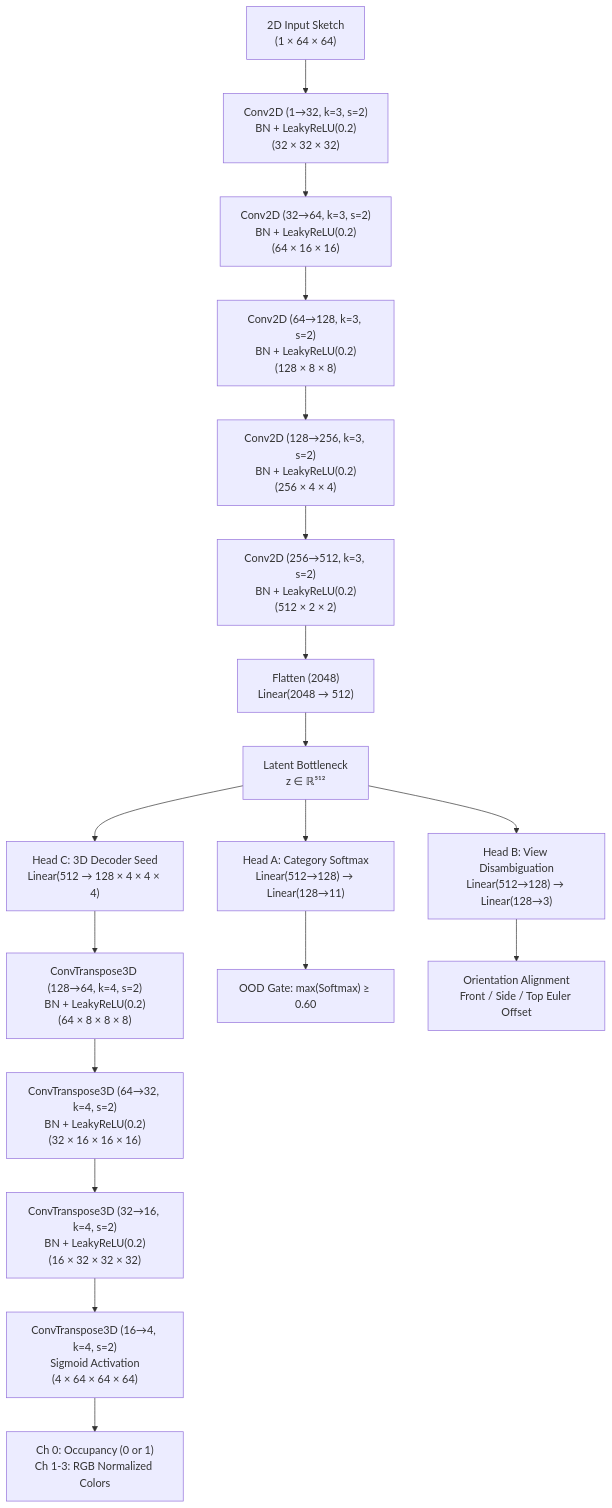
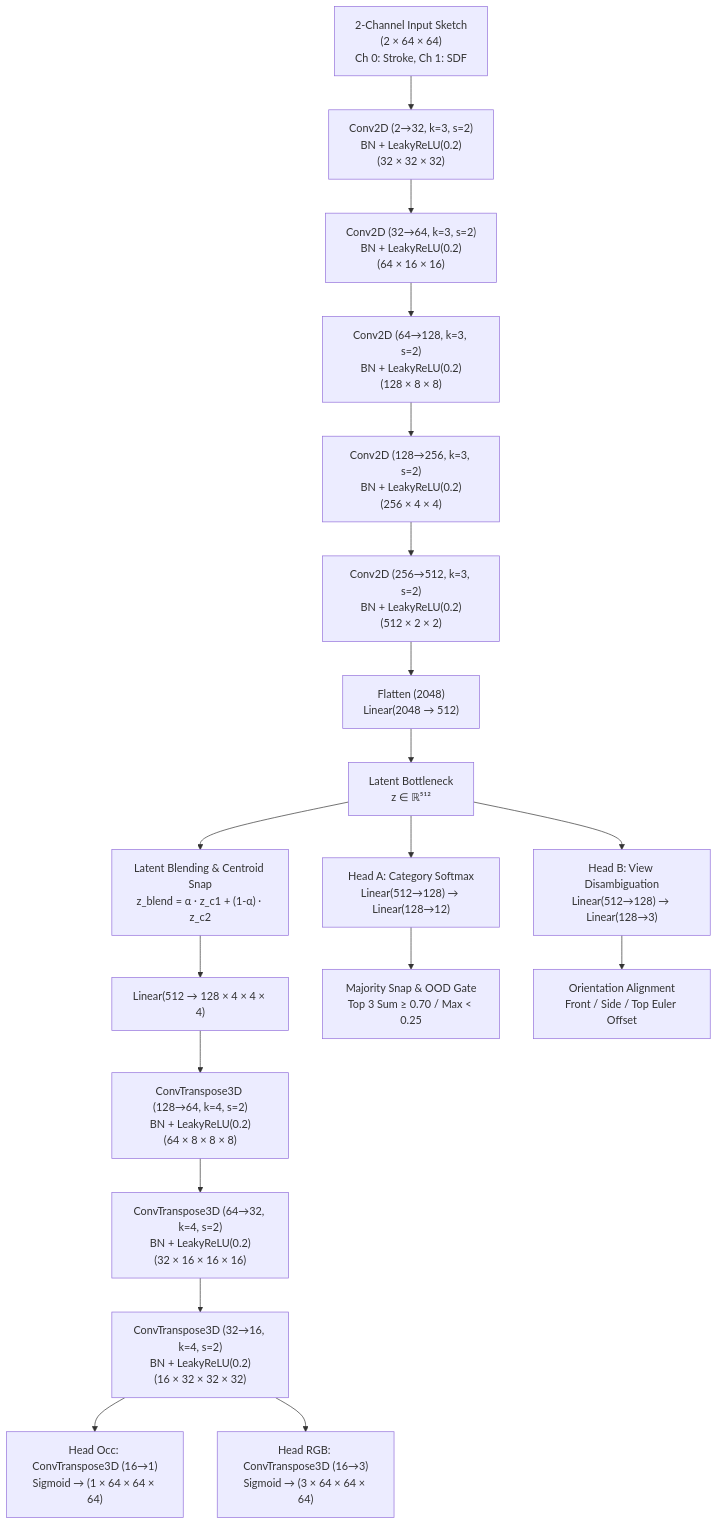
Before and after one commit to TheDhiruBhai/2-3DVX: the diagram in README.md, drawn with Mermaid. The commit also changed other lines of this file and 5 other files, not shown here.

Commit message:
feat(inference): implement majority canonical labeling, hybrid latent blending, and standalone 3D decoder

````diff
--- a/README.md
+++ b/README.md
@@ -60,23 +72,25 @@
 ```mermaid
 flowchart TD
-    In["2D Input Sketch<br/>(1 × 64 × 64)"] --> E1["Conv2D (1→32, k=3, s=2)<br/>BN + LeakyReLU(0.2)<br/>(32 × 32 × 32)"]
+    In["2-Channel Input Sketch<br/>(2 × 64 × 64)<br/>Ch 0: Stroke, Ch 1: SDF"] --> E1["Conv2D (2→32, k=3, s=2)<br/>BN + LeakyReLU(0.2)<br/>(32 × 32 × 32)"]
     E1 --> E2["Conv2D (32→64, k=3, s=2)<br/>BN + LeakyReLU(0.2)<br/>(64 × 16 × 16)"]
     E2 --> E3["Conv2D (64→128, k=3, s=2)<br/>BN + LeakyReLU(0.2)<br/>(128 × 8 × 8)"]
     E3 --> E4["Conv2D (128→256, k=3, s=2)<br/>BN + LeakyReLU(0.2)<br/>(256 × 4 × 4)"]
     E4 --> E5["Conv2D (256→512, k=3, s=2)<br/>BN + LeakyReLU(0.2)<br/>(512 × 2 × 2)"]
     E5 --> Flat["Flatten (2048)<br/>Linear(2048 → 512)"]
     Flat --> Z["Latent Bottleneck<br/>z ∈ ℝ⁵¹²"]
 
-    Z --> HeadA["Head A: Category Softmax<br/>Linear(512→128) → Linear(128→11)"]
+    Z --> HeadA["Head A: Category Softmax<br/>Linear(512→128) → Linear(128→12)"]
     Z --> HeadB["Head B: View Disambiguation<br/>Linear(512→128) → Linear(128→3)"]
-    Z --> HeadC["Head C: 3D Decoder Seed<br/>Linear(512 → 128 × 4 × 4 × 4)"]
+    Z --> Blend["Latent Blending & Centroid Snap<br/>z_blend = α · z_c1 + (1-α) · z_c2"]
 
-    HeadC --> D1["ConvTranspose3D (128→64, k=4, s=2)<br/>BN + LeakyReLU(0.2)<br/>(64 × 8 × 8 × 8)"]
+    Blend --> DecSeed["Linear(512 → 128 × 4 × 4 × 4)"]
+    DecSeed --> D1["ConvTranspose3D (128→64, k=4, s=2)<br/>BN + LeakyReLU(0.2)<br/>(64 × 8 × 8 × 8)"]
     D1 --> D2["ConvTranspose3D (64→32, k=4, s=2)<br/>BN + LeakyReLU(0.2)<br/>(32 × 16 × 16 × 16)"]
     D2 --> D3["ConvTranspose3D (32→16, k=4, s=2)<br/>BN + LeakyReLU(0.2)<br/>(16 × 32 × 32 × 32)"]
-    D3 --> D4["ConvTranspose3D (16→4, k=4, s=2)<br/>Sigmoid Activation<br/>(4 × 64 × 64 × 64)"]
+    
+    D3 --> HeadOcc["Head Occ: ConvTranspose3D (16→1)<br/>Sigmoid → (1 × 64 × 64 × 64)"]
+    D3 --> HeadRGB["Head RGB: ConvTranspose3D (16→3)<br/>Sigmoid → (3 × 64 × 64 × 64)"]
 
-    D4 --> VoxelOut["Ch 0: Occupancy (0 or 1)<br/>Ch 1-3: RGB Normalized Colors"]
-    HeadA --> OOD["OOD Gate: max(Softmax) ≥ 0.60"]
+    HeadA --> OOD["Majority Snap & OOD Gate<br/>Top 3 Sum ≥ 0.70 / Max < 0.25"]
     HeadB --> Rot["Orientation Alignment<br/>Front / Side / Top Euler Offset"]
 ```
````
